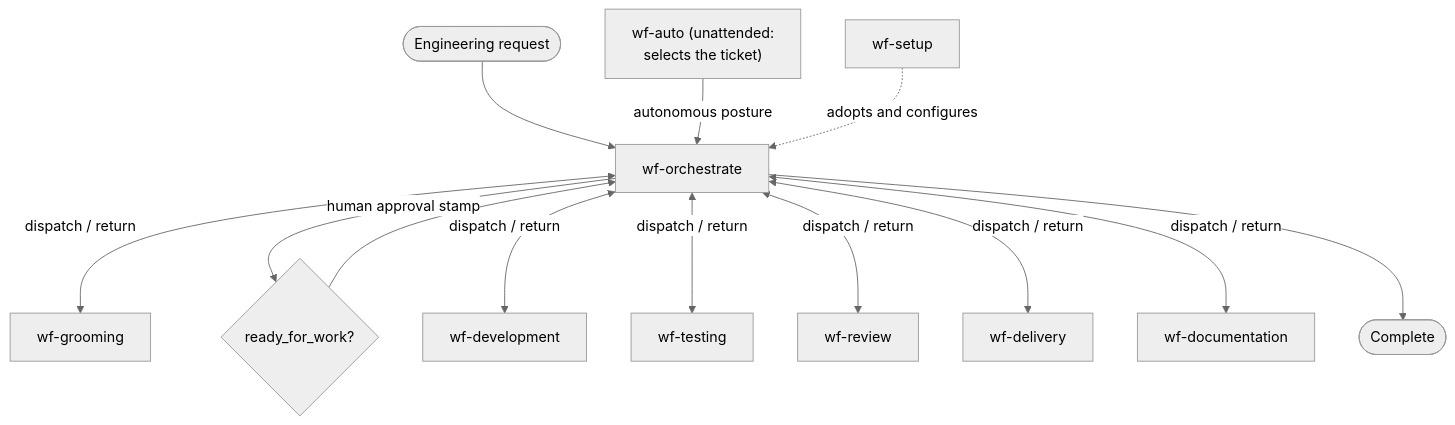
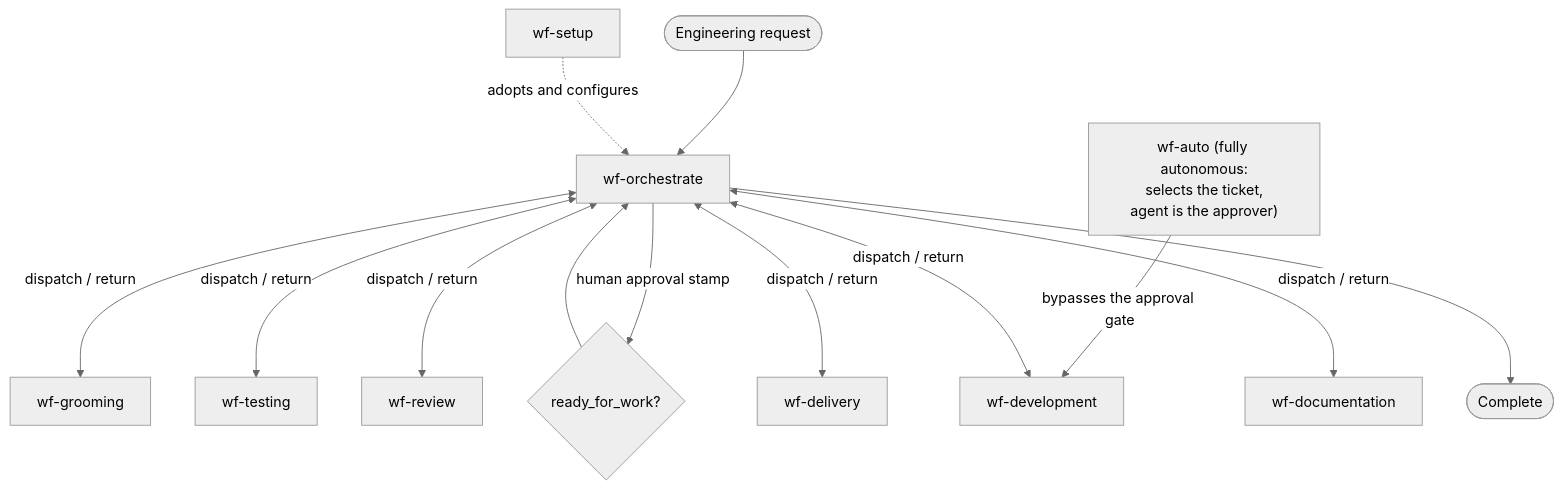
One commit to Life-With-Data/agentic-engineering changed the second of 7 diagrams in plugins/agentic-engineering/FLOWS.md. Above: the diagram before and after it, drawn with Mermaid (neutral theme). The commit also changed 7 other files, not shown here.

First line of the commit message:
feat(workflows)!: wf-auto is the agent-approved, zero-gate entry point

````diff
--- a/plugins/agentic-engineering/FLOWS.md
+++ b/plugins/agentic-engineering/FLOWS.md
@@ -22,15 +22,15 @@
 ```mermaid
 flowchart TD
     req([Engineering request]) --> O["wf-orchestrate"]
-    auto["wf-auto (unattended:<br/>selects the ticket)"] -->|"autonomous posture"| O
+    auto["wf-auto (fully autonomous:<br/>selects the ticket,<br/>agent is the approver)"] -->|"bypasses the approval gate"| D
     O <-->|"dispatch / return"| G["wf-grooming"]
     O -->|"human approval stamp"| approve{"ready_for_work?"}
     approve --> O
     O <-->|"dispatch / return"| D["wf-development"]
     O <-->|"dispatch / return"| T["wf-testing"]
     O <-->|"dispatch / return"| R["wf-review"]
     O <-->|"dispatch / return"| L["wf-delivery"]
     O <-->|"dispatch / return"| K["wf-documentation"]
     O --> done([Complete])
     S["wf-setup"] -. "adopts and configures" .-> O
 ```
````
